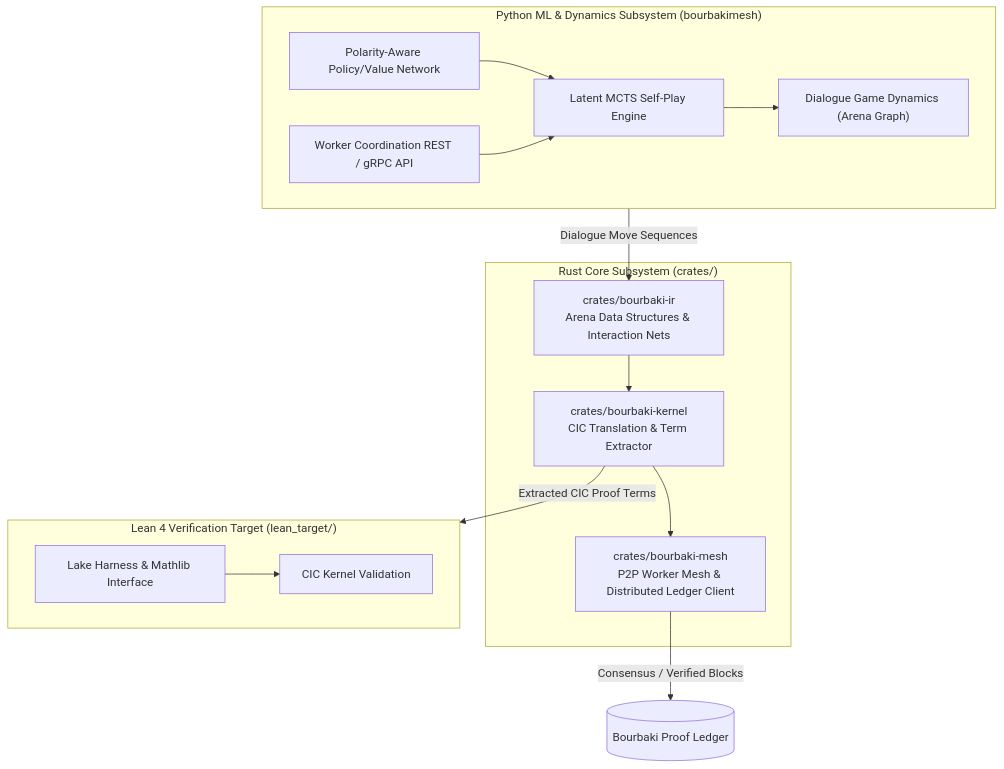
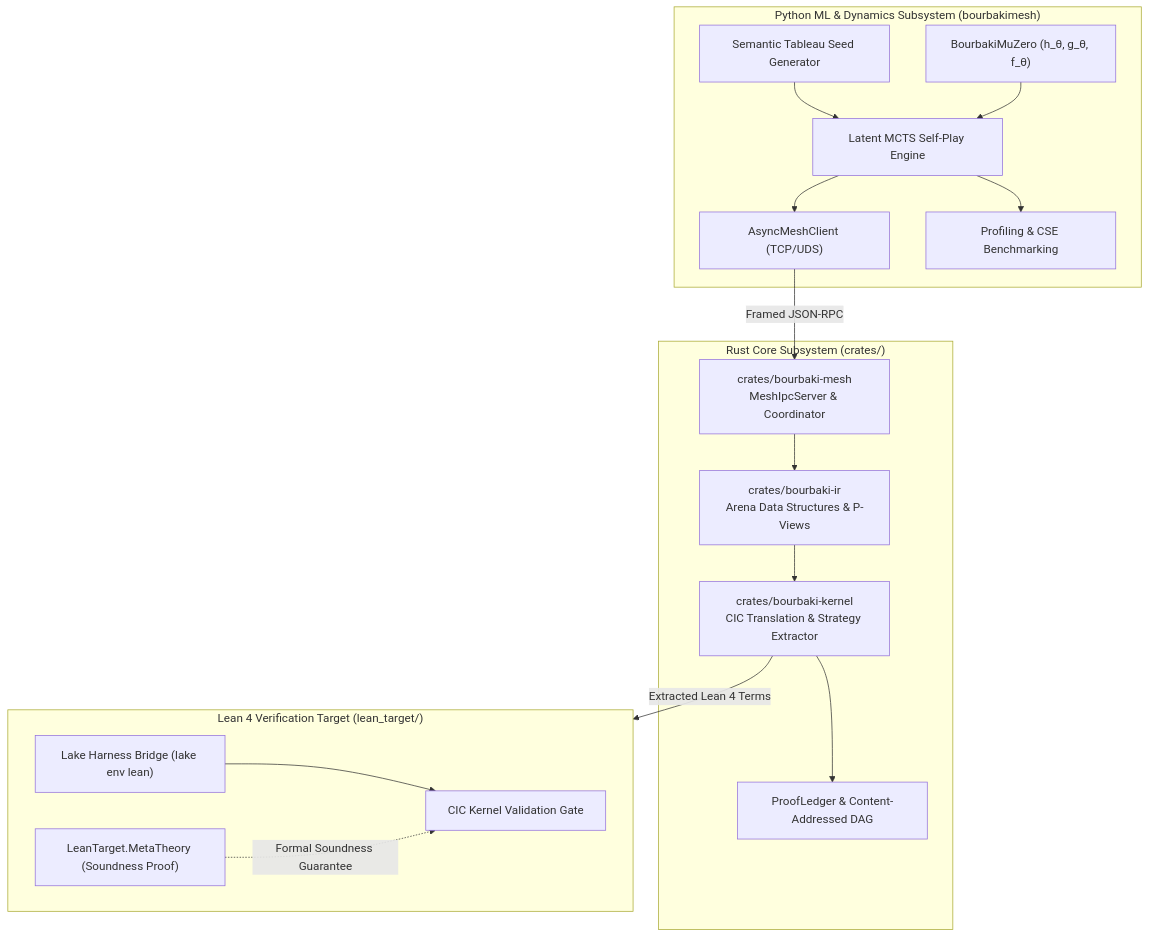
One commit to tryggth/bourbakimesh changed the diagram in README.md. Above: the diagram before and after it, drawn with Mermaid. The commit also changed other lines of this file and 7 other files, not shown here.

````diff
--- a/README.md
+++ b/README.md
@@ -9,30 +9,38 @@
 ```mermaid
 flowchart TD
     subgraph PythonML ["Python ML & Dynamics Subsystem (bourbakimesh)"]
         MCTS["Latent MCTS Self-Play Engine"]
-        PolValNet["Polarity-Aware Policy/Value Network"]
-        Dynamics["Dialogue Game Dynamics (Arena Graph)"]
-        FastAPI["Worker Coordination REST / gRPC API"]
-        MCTS --> Dynamics
-        PolValNet --> MCTS
-        FastAPI --> MCTS
+        MuZero["BourbakiMuZero (h_θ, g_θ, f_θ)"]
+        Tableau["Semantic Tableau Seed Generator"]
+        AsyncClient["AsyncMeshClient (TCP/UDS)"]
+        Bench["Profiling & CSE Benchmarking"]
+        
+        Tableau --> MCTS
+        MuZero --> MCTS
+        MCTS --> AsyncClient
+        MCTS --> Bench
     end
 
     subgraph RustCore ["Rust Core Subsystem (crates/)"]
-        IR["crates/bourbaki-ir<br/>Arena Data Structures & Interaction Nets"]
-        Kernel["crates/bourbaki-kernel<br/>CIC Translation & Term Extractor"]
-        Mesh["crates/bourbaki-mesh<br/>P2P Worker Mesh & Distributed Ledger Client"]
+        IPC["crates/bourbaki-mesh<br/>MeshIpcServer & Coordinator"]
+        IR["crates/bourbaki-ir<br/>Arena Data Structures & P-Views"]
+        Kernel["crates/bourbaki-kernel<br/>CIC Translation & Strategy Extractor"]
+        Ledger["ProofLedger & Content-Addressed DAG"]
+        
+        IPC --> IR
         IR --> Kernel
-        Kernel --> Mesh
+        Kernel --> Ledger
     end
 
     subgraph LeanTarget ["Lean 4 Verification Target (lean_target/)"]
-        Lake["Lake Harness & Mathlib Interface"]
-        KernelCheck["CIC Kernel Validation"]
+        Lake["Lake Harness Bridge (lake env lean)"]
+        KernelCheck["CIC Kernel Validation Gate"]
+        MetaTheory["LeanTarget.MetaTheory (Soundness Proof)"]
+        
         Lake --> KernelCheck
+        MetaTheory -. "Formal Soundness Guarantee" .-> KernelCheck
     end
 
-    PythonML -- "Dialogue Move Sequences" --> IR
-    Kernel -- "Extracted CIC Proof Terms" --> LeanTarget
-    Mesh -- "Consensus / Verified Blocks" --> DistributedLedger[("Bourbaki Proof Ledger")]
+    AsyncClient -- "Framed JSON-RPC" --> IPC
+    Kernel -- "Extracted Lean 4 Terms" --> LeanTarget
 ```
````
